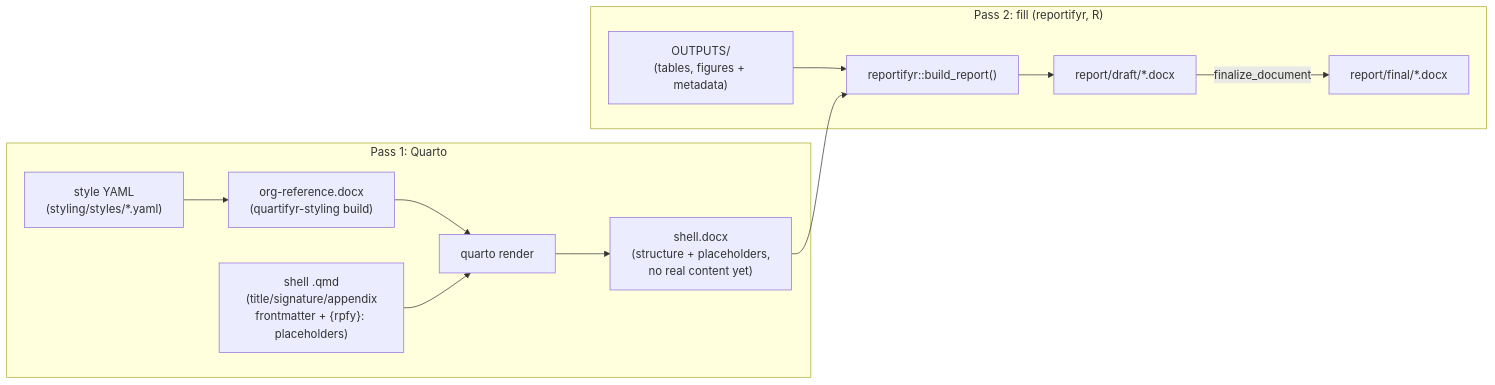
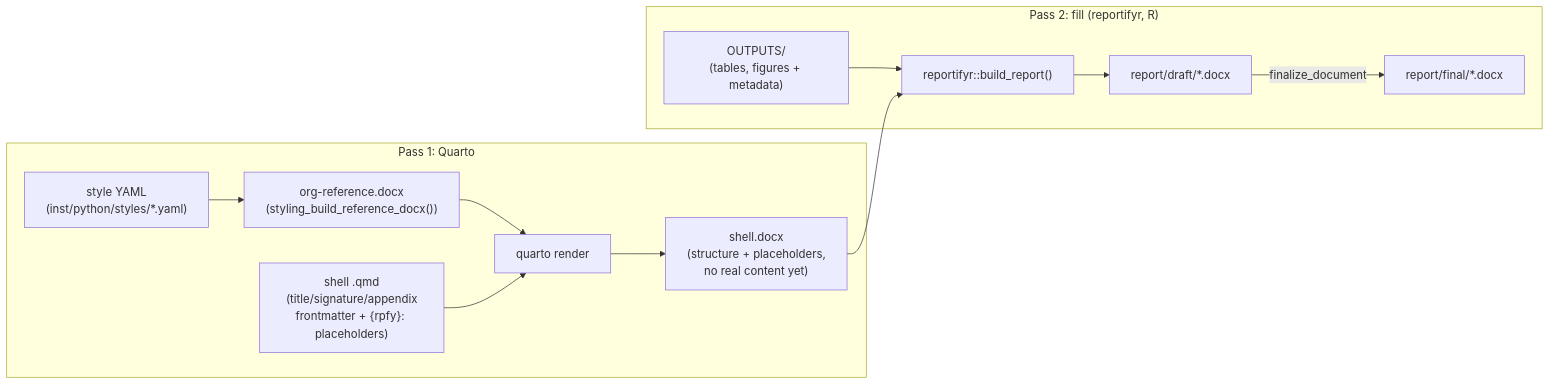
Before and after one commit to jprybylski/quartifyr: the diagram in README.md, drawn with Mermaid. The commit also changed other lines of this file and 150 other files, not shown here.

````diff
--- a/README.md
+++ b/README.md
@@ -54,16 +67,16 @@
 ```mermaid
 flowchart LR
     subgraph Pass1["Pass 1: Quarto"]
-        yaml["style YAML\n(styling/styles/*.yaml)"] --> refdoc["org-reference.docx\n(quartifyr-styling build)"]
+        yaml["style YAML\n(inst/python/styles/*.yaml)"] --> refdoc["org-reference.docx\n(styling_build_reference_docx())"]
         qmd["shell .qmd\n(title/signature/appendix\nfrontmatter + {rpfy}: placeholders)"]
         refdoc --> render["quarto render"]
         qmd --> render
         render --> shell["shell.docx\n(structure + placeholders,\nno real content yet)"]
     end
     subgraph Pass2["Pass 2: fill (reportifyr, R)"]
         outputs["OUTPUTS/\n(tables, figures + metadata)"] --> fill["reportifyr::build_report()"]
         shell --> fill
         fill --> draft["report/draft/*.docx"]
         draft -->|finalize_document| final["report/final/*.docx"]
     end
 ```
````
